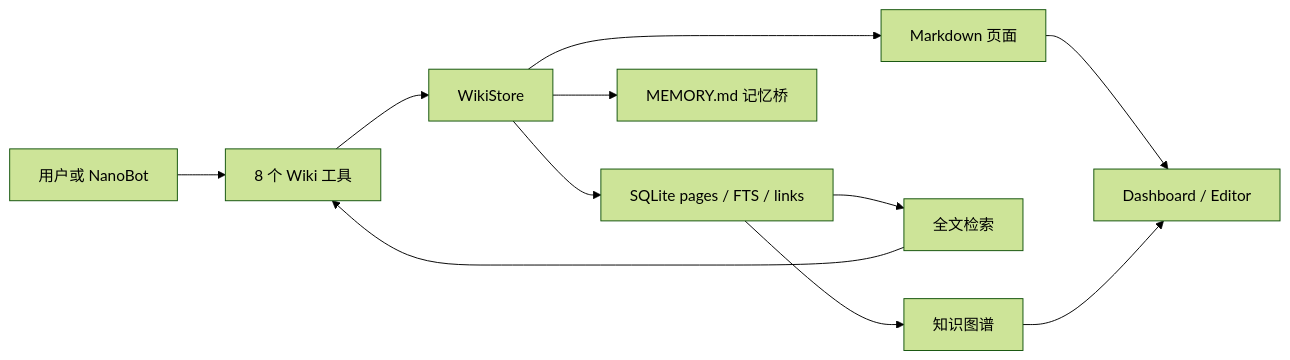
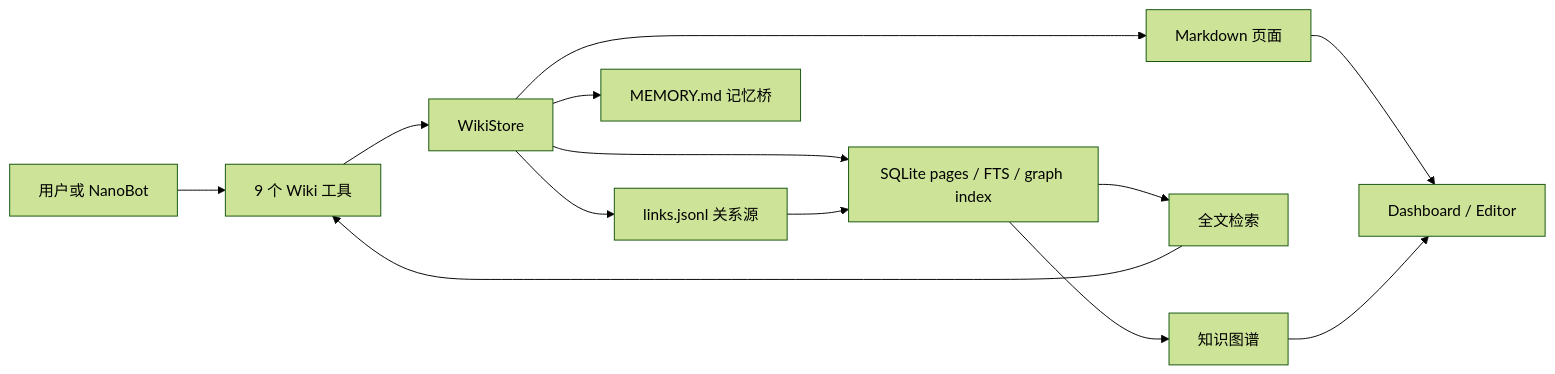
One commit to yu-xin-c/nanobot-llm-wiki changed the diagram in README.md. Above: the diagram before and after it, drawn with Mermaid (forest theme). The commit also changed other lines of this file and 11 other files, not shown here.

````diff
--- a/README.md
+++ b/README.md
@@ -261,13 +263,15 @@
 ```mermaid
 flowchart LR
-  User["用户或 NanoBot"] --> Tools["8 个 Wiki 工具"]
+  User["用户或 NanoBot"] --> Tools["9 个 Wiki 工具"]
   Tools --> Store["WikiStore"]
   Store --> Markdown["Markdown 页面"]
-  Store --> SQLite["SQLite pages / FTS / links"]
+  Store --> LinkSource["links.jsonl 关系源"]
+  Store --> SQLite["SQLite pages / FTS / graph index"]
   Store --> Bridge["MEMORY.md 记忆桥"]
+  LinkSource --> SQLite
   Markdown --> UI["Dashboard / Editor"]
   SQLite --> Search["全文检索"]
   SQLite --> Graph["知识图谱"]
   Search --> Tools
   Graph --> UI
 ```
````
